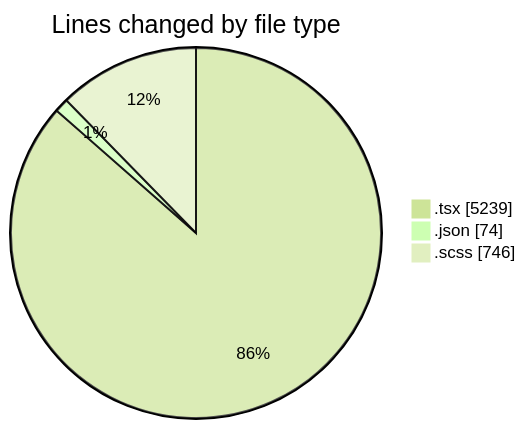
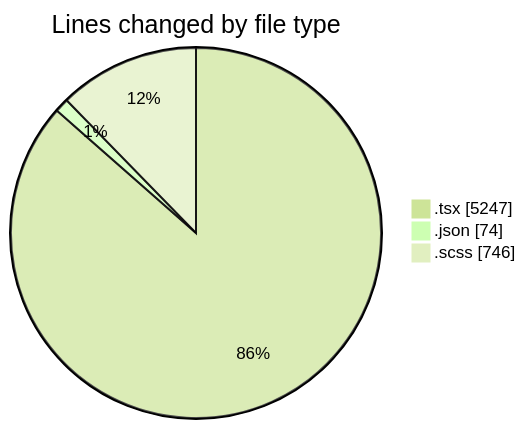
The first of 2 diagrams in 2025-04-08/cda/README.md (momahboobian/code-tracking), drawn with Mermaid (forest theme) before and after one commit. The commit also changed other lines of this file and 1 other file, not shown here.

````diff
--- a/2025-04-08/cda/README.md
+++ b/2025-04-08/cda/README.md
@@ -36,7 +36,7 @@
 ```mermaid
 pie showData
 title Lines changed by file type
-".tsx" : 5239
+".tsx" : 5247
 ".json" : 74
 ".scss" : 746
 ```
````
